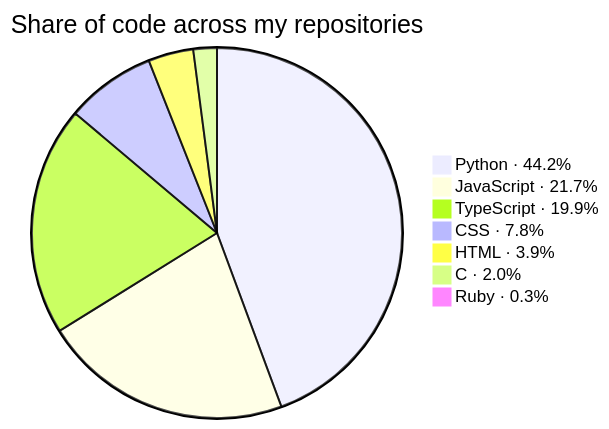
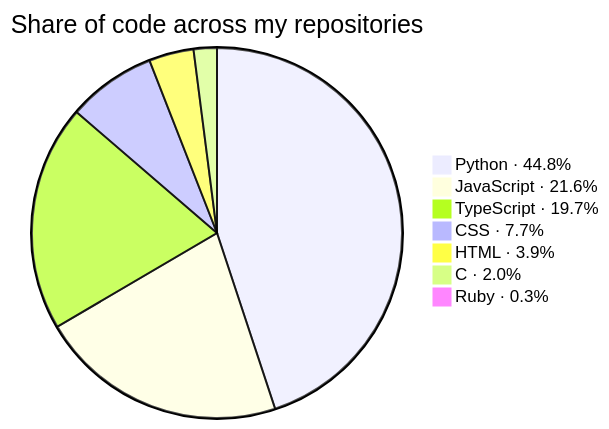
One commit to KathFK1234/KathFK1234 changed the second of 3 diagrams in README.md. Above: the diagram before and after it, drawn with Mermaid. The commit also changed other lines of this file and 5 other files, not shown here.

````diff
--- a/README.md
+++ b/README.md
@@ -109,11 +109,11 @@
 ```mermaid
 %%{init: {"themeVariables": {"pieSectionTextSize": "0px"}}}%%
 pie title Share of code across my repositories
-    "Python · 44.2%" : 1353.3
-    "JavaScript · 21.7%" : 665.0
-    "TypeScript · 19.9%" : 610.7
-    "CSS · 7.8%" : 239.3
-    "HTML · 3.9%" : 120.3
+    "Python · 44.8%" : 1389.1
+    "JavaScript · 21.6%" : 669.0
+    "TypeScript · 19.7%" : 611.2
+    "CSS · 7.7%" : 239.6
+    "HTML · 3.9%" : 120.9
     "C · 2.0%" : 62.7
     "Ruby · 0.3%" : 10.1
 ```
````
